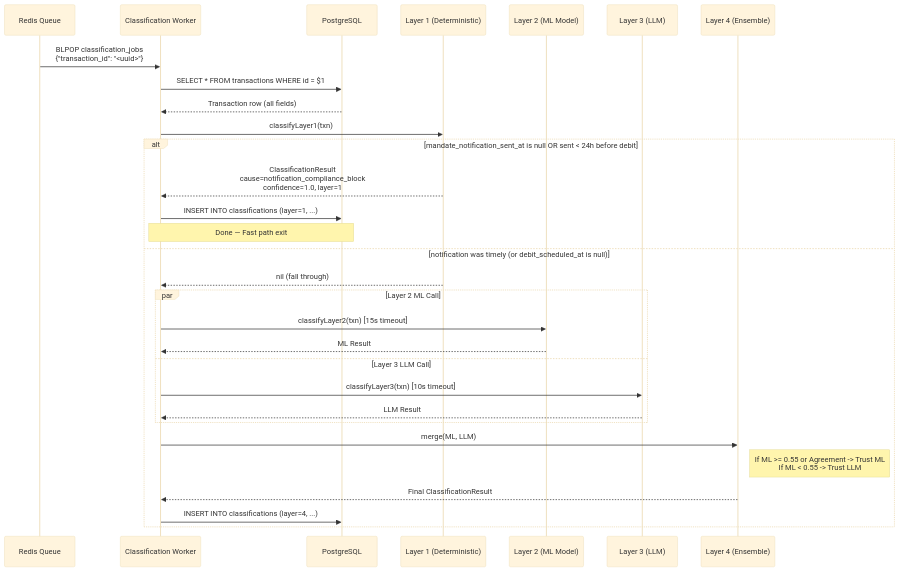
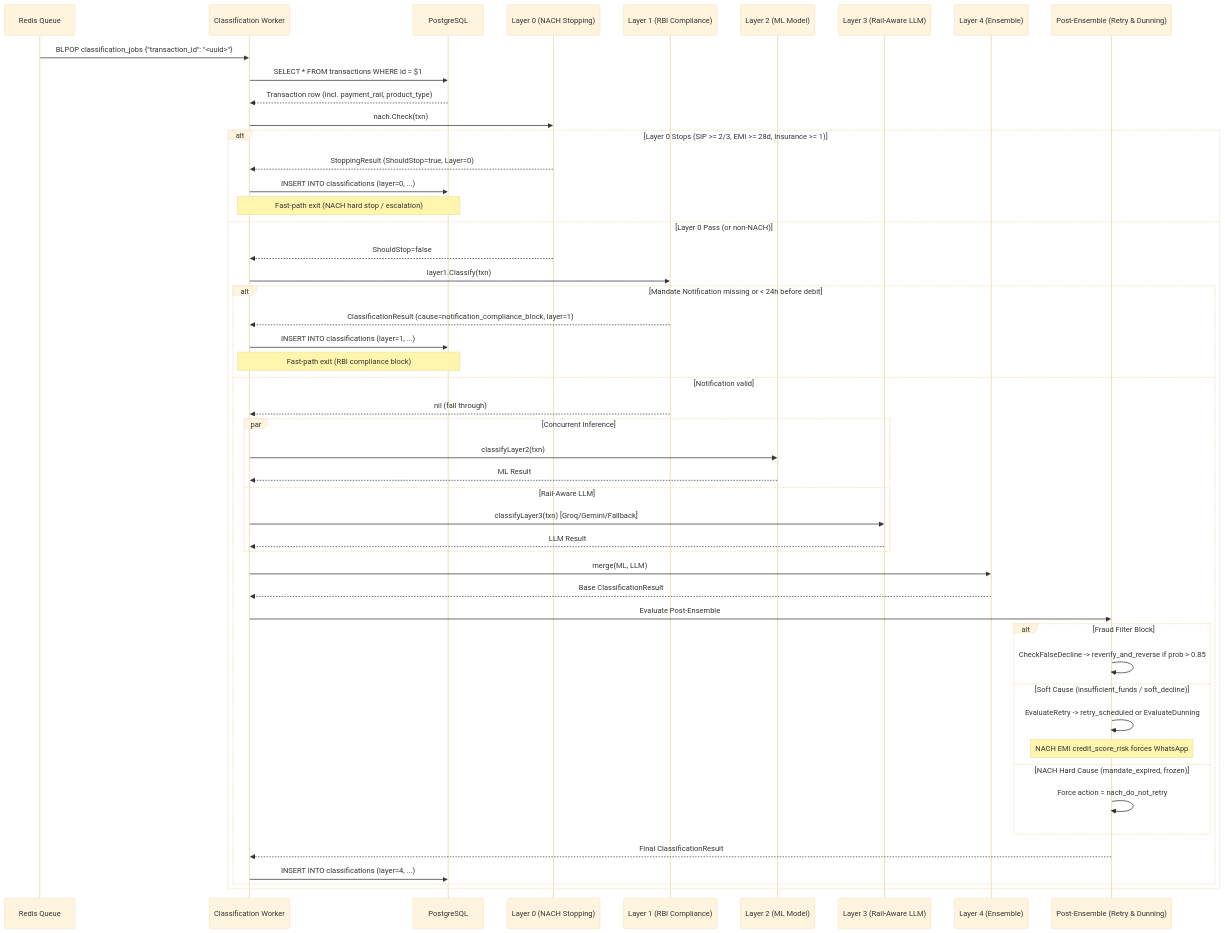
The diagram in docs/services/classification-service/flow.md (Dustu103/Razorpay), drawn with Mermaid (base theme) before and after one commit. The commit also changed other lines of this file and 45 other files, not shown here.

Commit message:
feat(nach): implement autonomous NACH mandate recovery service, governor engine, presentation notes, and e2e test suites

````diff
--- a/docs/services/classification-service/flow.md
+++ b/docs/services/classification-service/flow.md
@@ -10,39 +10,59 @@
 ```mermaid
 sequenceDiagram
     participant RQ as Redis Queue
     participant CW as Classification Worker
     participant PG as PostgreSQL
-    participant L1 as Layer 1 (Deterministic)
+    participant L0 as Layer 0 (NACH Stopping)
+    participant L1 as Layer 1 (RBI Compliance)
     participant L2 as Layer 2 (ML Model)
-    participant L3 as Layer 3 (LLM)
+    participant L3 as Layer 3 (Rail-Aware LLM)
     participant L4 as Layer 4 (Ensemble)
+    participant PE as Post-Ensemble (Retry & Dunning)
 
-    RQ->>CW: BLPOP classification_jobs<br/>{"transaction_id": "<uuid>"}
+    RQ->>CW: BLPOP classification_jobs {"transaction_id": "<uuid>"}
 
     CW->>PG: SELECT * FROM transactions WHERE id = $1
-    PG-->>CW: Transaction row (all fields)
+    PG-->>CW: Transaction row (incl. payment_rail, product_type)
 
-    CW->>L1: classifyLayer1(txn)
+    CW->>L0: nach.Check(txn)
+    alt Layer 0 Stops (SIP >= 2/3, EMI >= 28d, Insurance >= 1)
+        L0-->>CW: StoppingResult (ShouldStop=true, Layer=0)
+        CW->>PG: INSERT INTO classifications (layer=0, ...)
+        Note over CW,PG: Fast-path exit (NACH hard stop / escalation)
+    else Layer 0 Pass (or non-NACH)
+        L0-->>CW: ShouldStop=false
 
-    alt mandate_notification_sent_at is null OR sent < 24h before debit
-        L1-->>CW: ClassificationResult<br/>cause=notification_compliance_block<br/>confidence=1.0, layer=1
-        CW->>PG: INSERT INTO classifications (layer=1, ...)
-        Note over CW,PG: Done — Fast path exit
-    else notification was timely (or debit_scheduled_at is null)
-        L1-->>CW: nil (fall through)
+        CW->>L1: layer1.Classify(txn)
+        alt Mandate Notification missing or < 24h before debit
+            L1-->>CW: ClassificationResult (cause=notification_compliance_block, layer=1)
+            CW->>PG: INSERT INTO classifications (layer=1, ...)
+            Note over CW,PG: Fast-path exit (RBI compliance block)
+        else Notification valid
+            L1-->>CW: nil (fall through)
 
-        par Layer 2 ML Call
-            CW->>L2: classifyLayer2(txn) [15s timeout]
-            L2-->>CW: ML Result
-        and Layer 3 LLM Call
-            CW->>L3: classifyLayer3(txn) [10s timeout]
-            L3-->>CW: LLM Result
+            par Concurrent Inference
+                CW->>L2: classifyLayer2(txn)
+                L2-->>CW: ML Result
+            and Rail-Aware LLM
+                CW->>L3: classifyLayer3(txn) [Groq/Gemini/Fallback]
+                L3-->>CW: LLM Result
+            end
+
+            CW->>L4: merge(ML, LLM)
+            L4-->>CW: Base ClassificationResult
+
+            CW->>PE: Evaluate Post-Ensemble
+            alt Fraud Filter Block
+                PE->>PE: CheckFalseDecline -> reverify_and_reverse if prob > 0.85
+            else Soft Cause (insufficient_funds / soft_decline)
+                PE->>PE: EvaluateRetry -> retry_scheduled or EvaluateDunning
+                Note over PE: NACH EMI credit_score_risk forces WhatsApp
+            else NACH Hard Cause (mandate_expired, frozen)
+                PE->>PE: Force action = nach_do_not_retry
+            end
+            PE-->>CW: Final ClassificationResult
+
+            CW->>PG: INSERT INTO classifications (layer=4, ...)
         end
-
-        CW->>L4: merge(ML, LLM)
-        Note right of L4: If ML >= 0.55 or Agreement -> Trust ML<br/>If ML < 0.55 -> Trust LLM
-
-        L4-->>CW: Final ClassificationResult
-        CW->>PG: INSERT INTO classifications (layer=4, ...)
     end
 ```
````
